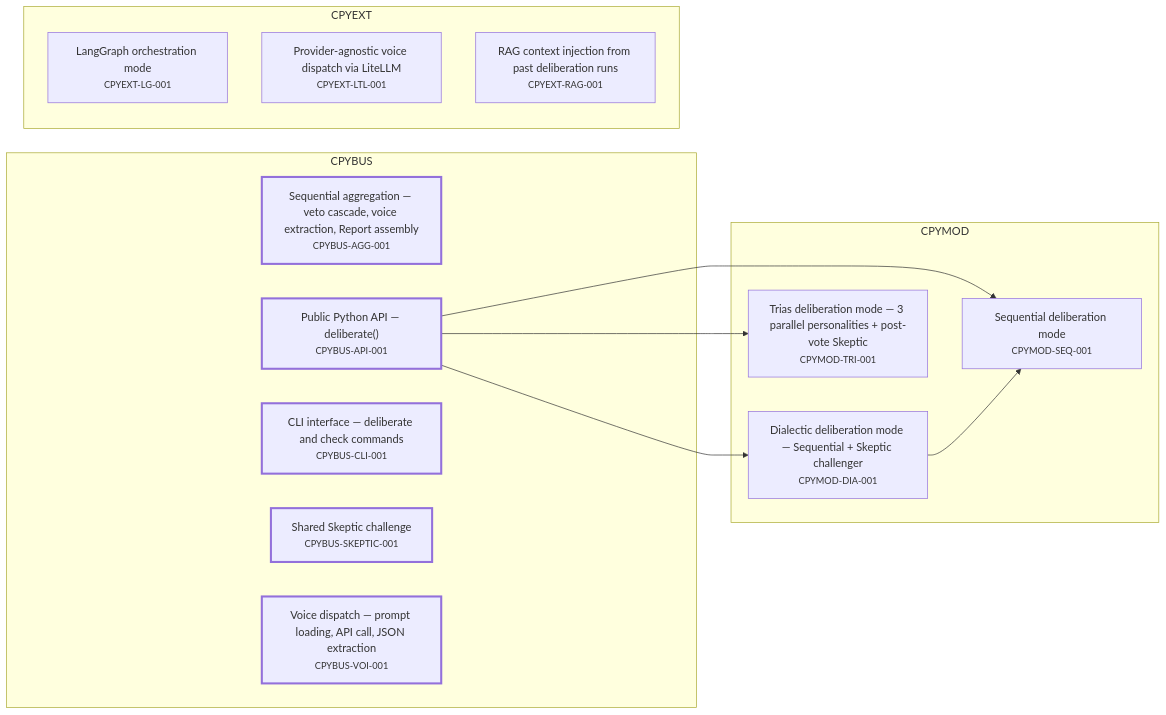
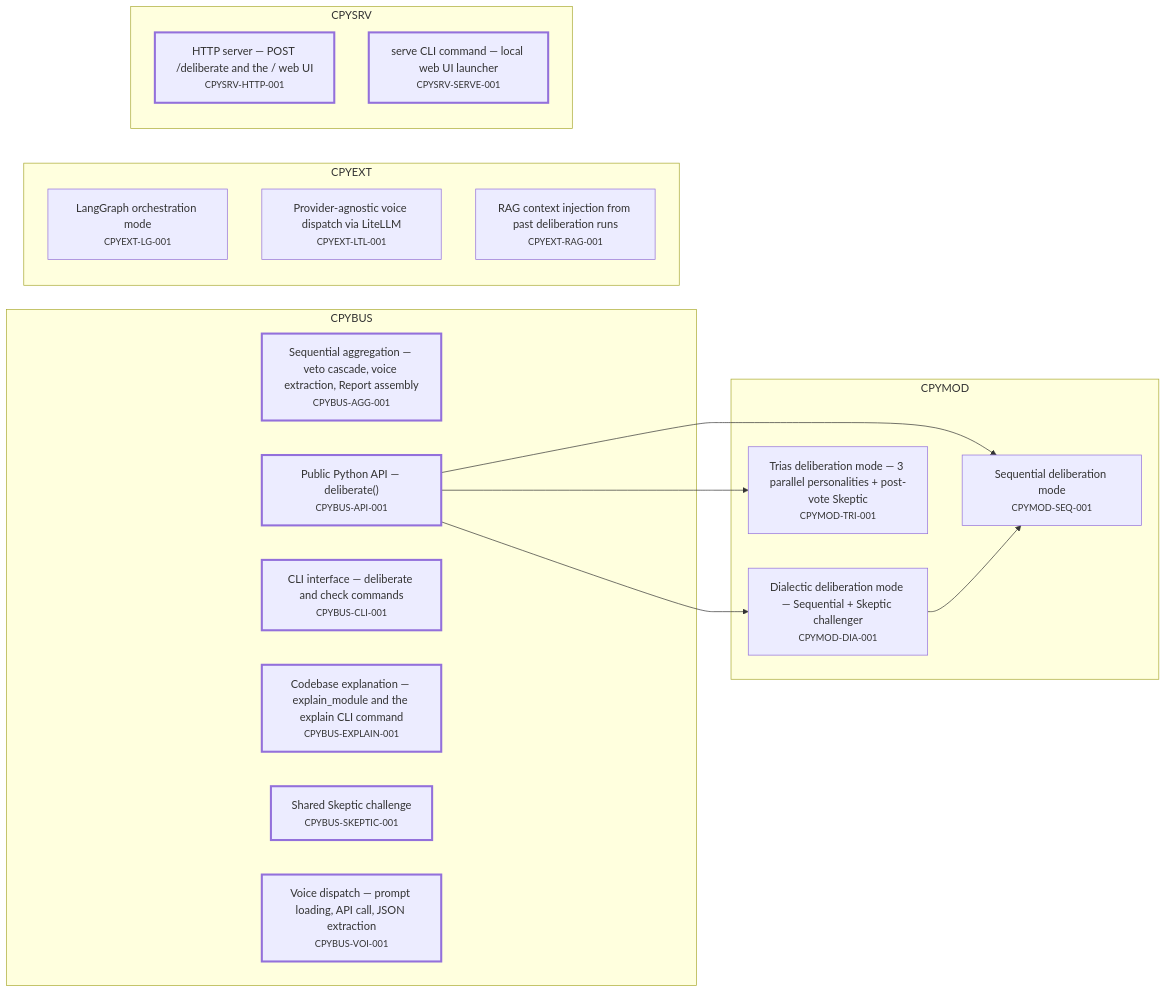
The first of 4 diagrams in requirements/_map.md (alxmax/Consilium-py), drawn with Mermaid before and after one commit. The commit also changed other lines of this file and 16 other files, not shown here.

````diff
--- a/requirements/_map.md
+++ b/requirements/_map.md
@@ -13,29 +13,37 @@
 ```mermaid
 graph LR
   subgraph sg_CPYBUS["CPYBUS"]
     CPYBUS_AGG_001["Sequential aggregation — veto cascade, voice extraction, Report assembly<br><small>CPYBUS-AGG-001</small>"]
     CPYBUS_API_001["Public Python API — deliberate()<br><small>CPYBUS-API-001</small>"]
     CPYBUS_CLI_001["CLI interface — deliberate and check commands<br><small>CPYBUS-CLI-001</small>"]
+    CPYBUS_EXPLAIN_001["Codebase explanation — explain_module and the explain CLI command<br><small>CPYBUS-EXPLAIN-001</small>"]
     CPYBUS_SKEPTIC_001["Shared Skeptic challenge<br><small>CPYBUS-SKEPTIC-001</small>"]
     CPYBUS_VOI_001["Voice dispatch — prompt loading, API call, JSON extraction<br><small>CPYBUS-VOI-001</small>"]
   end
   subgraph sg_CPYEXT["CPYEXT"]
     CPYEXT_LG_001["LangGraph orchestration mode<br><small>CPYEXT-LG-001</small>"]
     CPYEXT_LTL_001["Provider-agnostic voice dispatch via LiteLLM<br><small>CPYEXT-LTL-001</small>"]
     CPYEXT_RAG_001["RAG context injection from past deliberation runs<br><small>CPYEXT-RAG-001</small>"]
   end
   subgraph sg_CPYMOD["CPYMOD"]
     CPYMOD_DIA_001["Dialectic deliberation mode — Sequential + Skeptic challenger<br><small>CPYMOD-DIA-001</small>"]
     CPYMOD_SEQ_001["Sequential deliberation mode<br><small>CPYMOD-SEQ-001</small>"]
     CPYMOD_TRI_001["Trias deliberation mode — 3 parallel personalities + post-vote Skeptic<br><small>CPYMOD-TRI-001</small>"]
   end
+  subgraph sg_CPYSRV["CPYSRV"]
+    CPYSRV_HTTP_001["HTTP server — POST /deliberate and the / web UI<br><small>CPYSRV-HTTP-001</small>"]
+    CPYSRV_SERVE_001["serve CLI command — local web UI launcher<br><small>CPYSRV-SERVE-001</small>"]
+  end
   CPYBUS_API_001 --> CPYMOD_SEQ_001
   CPYBUS_API_001 --> CPYMOD_DIA_001
   CPYBUS_API_001 --> CPYMOD_TRI_001
   CPYMOD_DIA_001 --> CPYMOD_SEQ_001
   style CPYBUS_AGG_001 stroke-width:3px
   style CPYBUS_API_001 stroke-width:3px
   style CPYBUS_CLI_001 stroke-width:3px
+  style CPYBUS_EXPLAIN_001 stroke-width:3px
   style CPYBUS_SKEPTIC_001 stroke-width:3px
   style CPYBUS_VOI_001 stroke-width:3px
+  style CPYSRV_HTTP_001 stroke-width:3px
+  style CPYSRV_SERVE_001 stroke-width:3px
 ```
````
